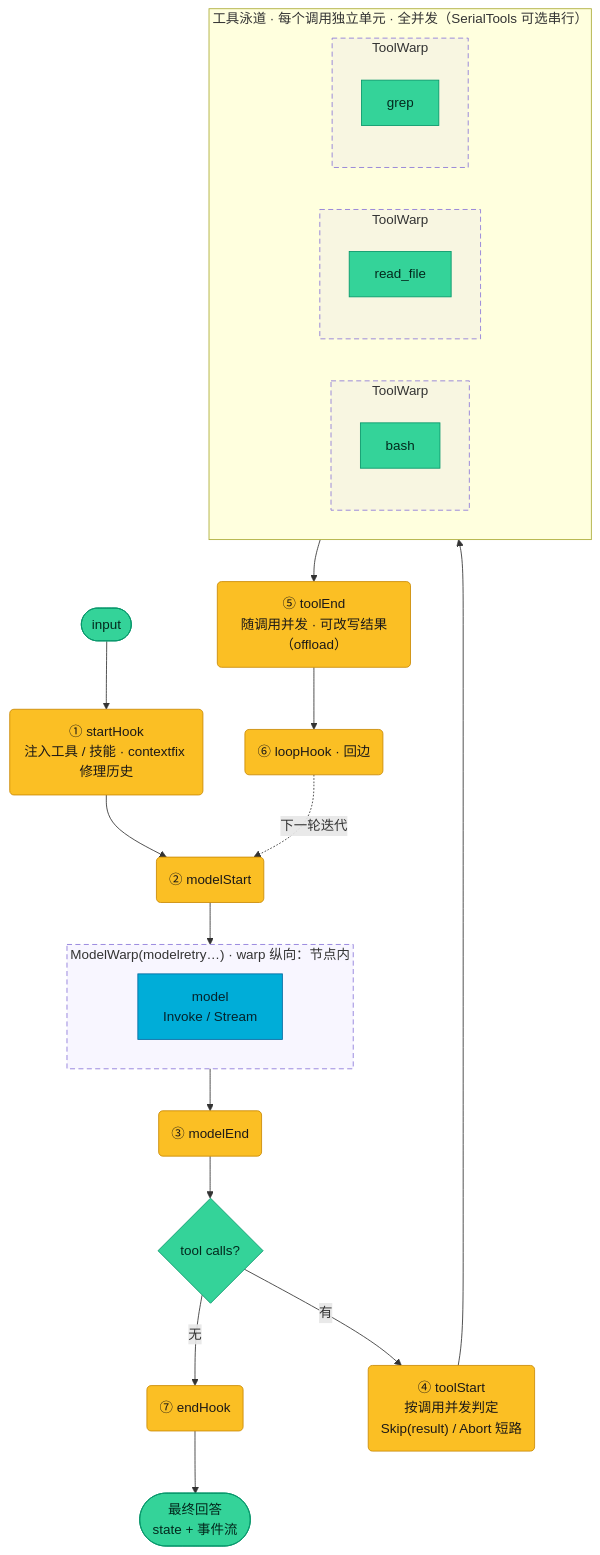
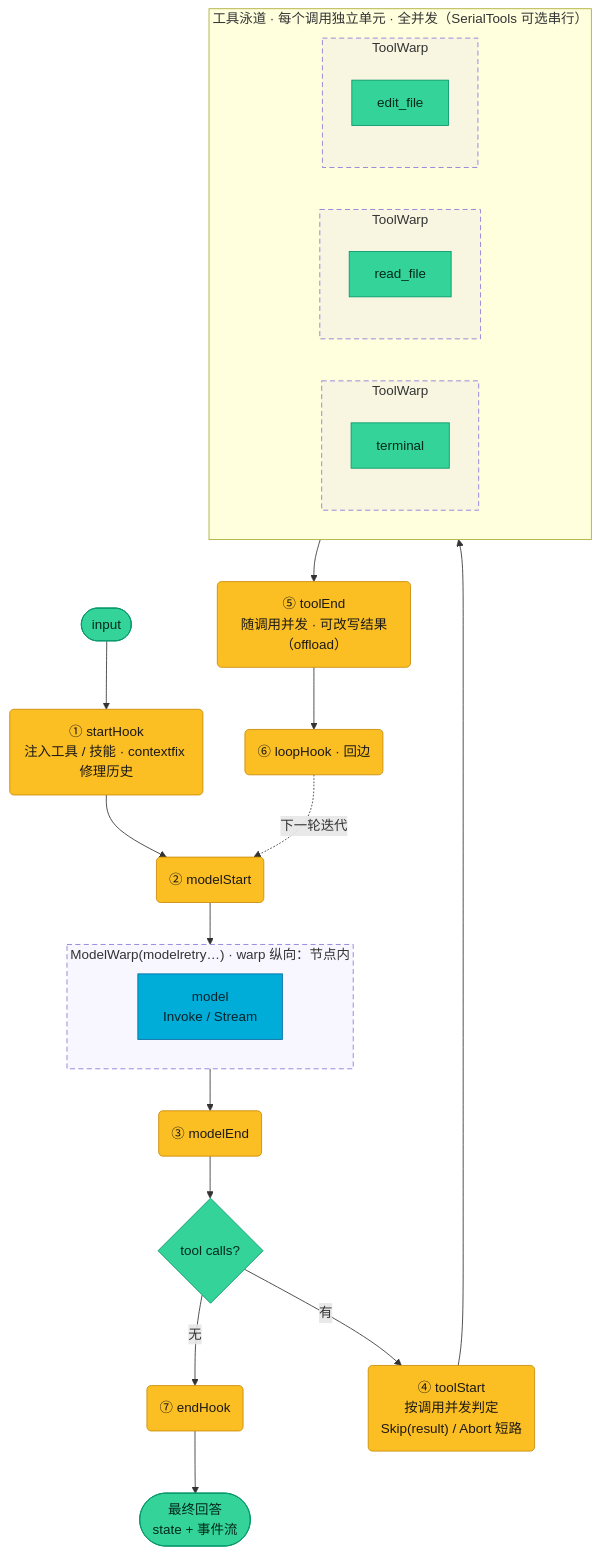
Before and after one commit to xuanlv2002/ezloop: the second of 4 diagrams in README.md, drawn with Mermaid. The commit also changed other lines of this file and 9 other files, not shown here.

````diff
--- a/README.md
+++ b/README.md
@@ -104,43 +104,43 @@
 ```mermaid
 flowchart TB
     A(["input"]) --> H1("① startHook<br/>注入工具 / 技能 · contextfix 修理历史")
     H1 --> H2("② modelStart")
 
     subgraph MW["ModelWarp(modelretry…) · warp 纵向：节点内"]
         M["model<br/>Invoke / Stream"]
     end
 
     H2 --> MW --> H3("③ modelEnd")
     H3 --> Q{"tool calls?"}
     Q -- "无" --> H7("⑦ endHook")
     H7 --> OUT(["最终回答<br/>state + 事件流"])
     Q -- "有" --> H4("④ toolStart<br/>按调用并发判定<br/>Skip(result) / Abort 短路")
 
     subgraph LANE["工具泳道 · 每个调用独立单元 · 全并发（SerialTools 可选串行）"]
         direction LR
         subgraph U1["ToolWarp"]
-            T1["bash"]
+            T1["terminal"]
         end
         subgraph U2["ToolWarp"]
             T2["read_file"]
         end
         subgraph U3["ToolWarp"]
-            T3["grep"]
+            T3["edit_file"]
         end
     end
 
     H4 --> LANE --> H5("⑤ toolEnd<br/>随调用并发 · 可改写结果（offload）")
     H5 --> H6("⑥ loopHook · 回边")
     H6 -.下一轮迭代.-> H2
 
     classDef hook fill:#fbbf24,stroke:#ca8a04,color:#1c1917
     classDef node fill:#34d399,stroke:#059669,color:#03291d
     classDef model fill:#00add8,stroke:#0369a1,color:#04222b
     class H1,H2,H3,H4,H5,H6,H7 hook
     class M model
     class T1,T2,T3 node
     style MW stroke:#8b76d9,stroke-dasharray:6 4,fill:#a78bfa14
     style U1 stroke:#8b76d9,stroke-dasharray:6 4,fill:#a78bfa14
     style U2 stroke:#8b76d9,stroke-dasharray:6 4,fill:#a78bfa14
     style U3 stroke:#8b76d9,stroke-dasharray:6 4,fill:#a78bfa14
 ```
````
